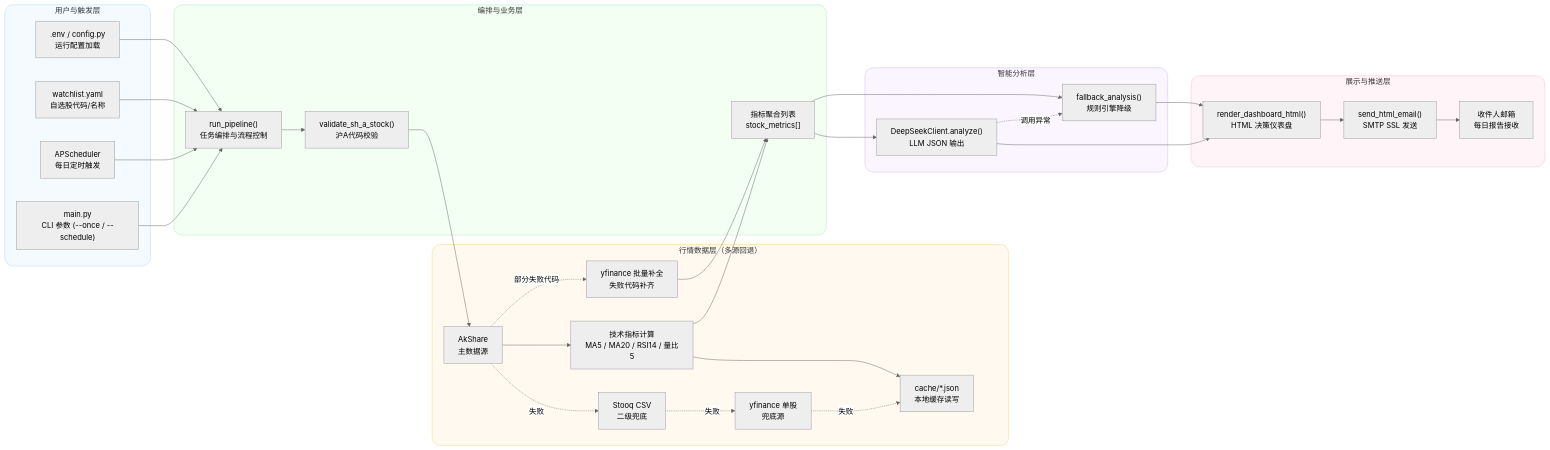
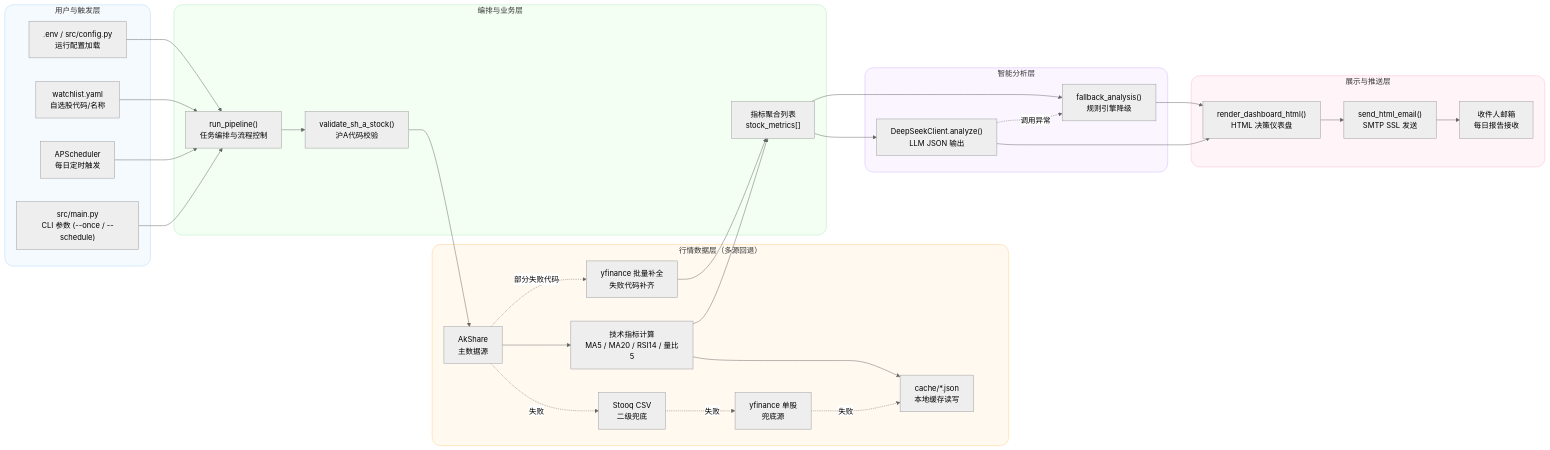
One commit to yangyousan123/GlobalBrain changed the diagram in ARCHITECTURE.md. Above: the diagram before and after it, drawn with Mermaid (neutral theme). The commit also changed other lines of this file and 28 other files, not shown here.

```diff
--- a/ARCHITECTURE.md
+++ b/ARCHITECTURE.md
@@ -4,10 +4,10 @@
 flowchart LR
     %% ===== 分层子图 =====
     subgraph U["用户与触发层"]
-        CLI["main.py<br/>CLI 参数 (--once / --schedule)"]
+        CLI["src/main.py<br/>CLI 参数 (--once / --schedule)"]
         SCH["APScheduler<br/>每日定时触发"]
         WL["watchlist.yaml<br/>自选股代码/名称"]
-        ENV[".env / config.py<br/>运行配置加载"]
+        ENV[".env / src/config.py<br/>运行配置加载"]
     end
 
     subgraph O["编排与业务层"]
```
